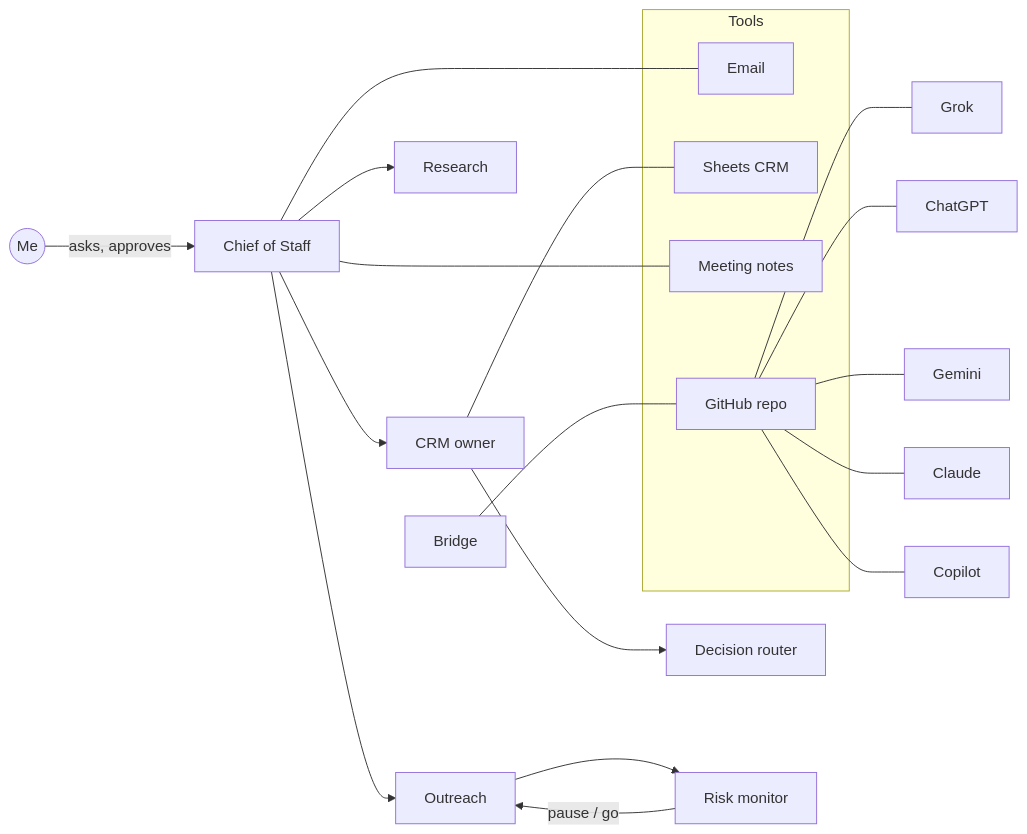
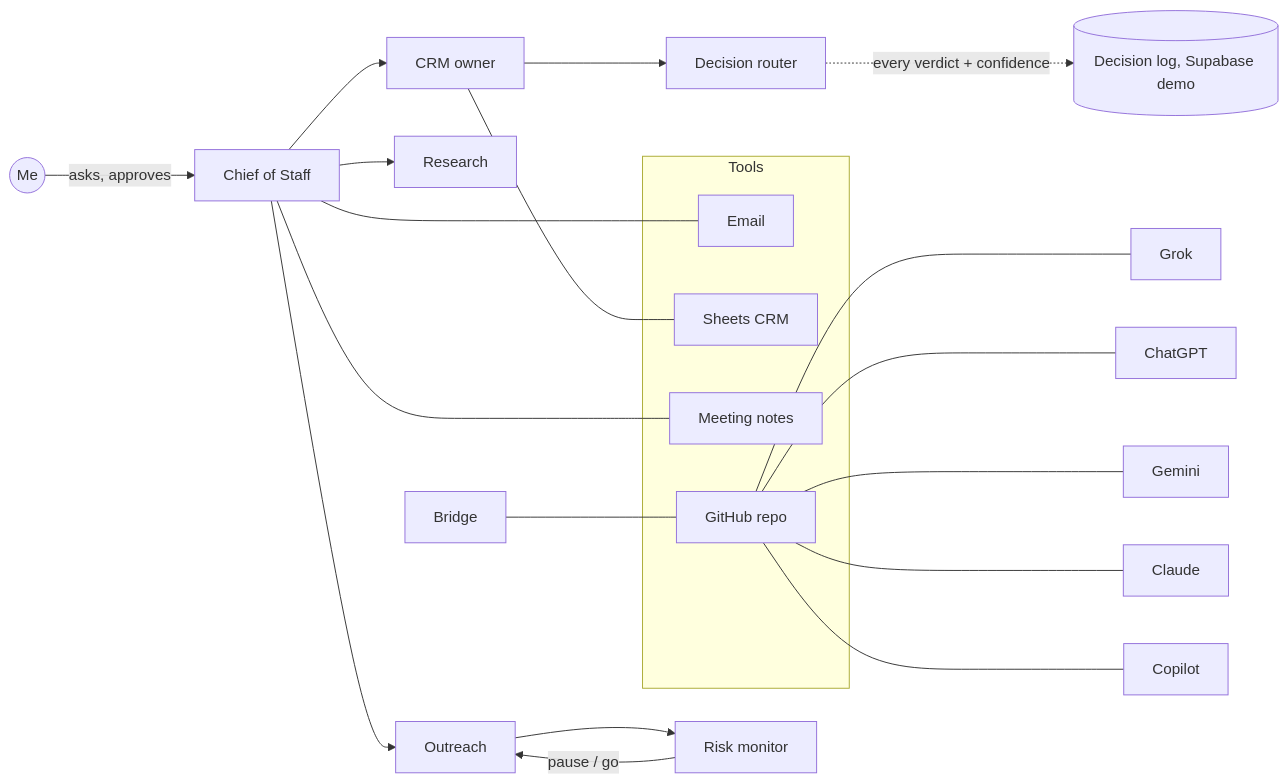
The diagram in README.md (AIAccountant01/ai-native-ops), drawn with Mermaid before and after one commit. The commit also changed other lines of this file, not shown here.

Commit message:
Add Supabase decision-log demo and case study

````diff
--- a/README.md
+++ b/README.md
@@ -28,21 +28,22 @@
 ```mermaid
 flowchart LR
   Me((Me)) -->|asks, approves| COS[Chief of Staff]
   COS --> CRM[CRM owner]
   COS --> RES[Research]
   COS --> OUT[Outreach]
   CRM --> JEV[Decision router]
+  JEV -.->|every verdict + confidence| LOG[(Decision log, Supabase demo)]
   OUT --> RISK[Risk monitor]
   RISK -->|pause / go| OUT
   subgraph Tools
     MAIL[Email] 
     SHEET[Sheets CRM]
     MEET[Meeting notes]
     GH[GitHub repo]
   end
   COS --- MAIL
   CRM --- SHEET
   COS --- MEET
   BR[Bridge] --- GH
   GH --- G[Grok] & C[ChatGPT] & GE[Gemini] & CL[Claude] & CP[Copilot]
 ```
````
